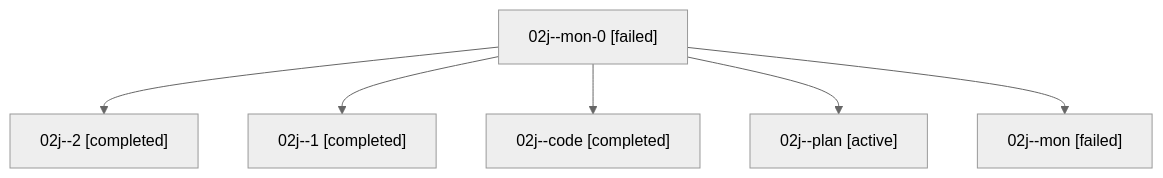
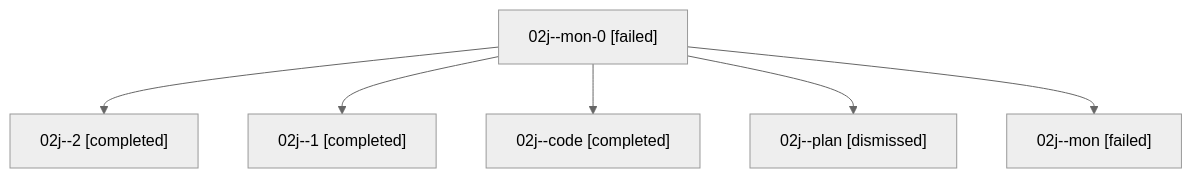
One commit to sase-org/sase--agents changed the diagram in sessions/bbugyi200.athena.02j.md. Above: the diagram before and after it, drawn with Mermaid (neutral theme). The commit also changed other lines of this file and 13 other files, not shown here.

````diff
--- a/sessions/bbugyi200.athena.02j.md
+++ b/sessions/bbugyi200.athena.02j.md
@@ -9,14 +9,14 @@
 ```mermaid
 flowchart TD
   n0["02j--mon-0 [failed]"]
   n1["02j--2 [completed]"]
   n0 --> n1
   n2["02j--1 [completed]"]
   n0 --> n2
   n3["02j--code [completed]"]
   n0 --> n3
-  n4["02j--plan [active]"]
+  n4["02j--plan [dismissed]"]
   n0 --> n4
   n5["02j--mon [failed]"]
   n0 --> n5
 ```
````
